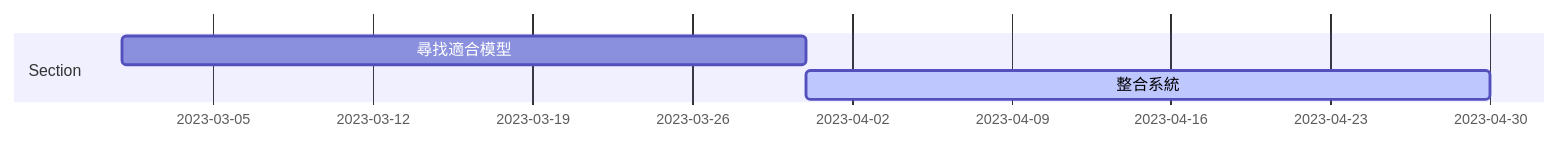
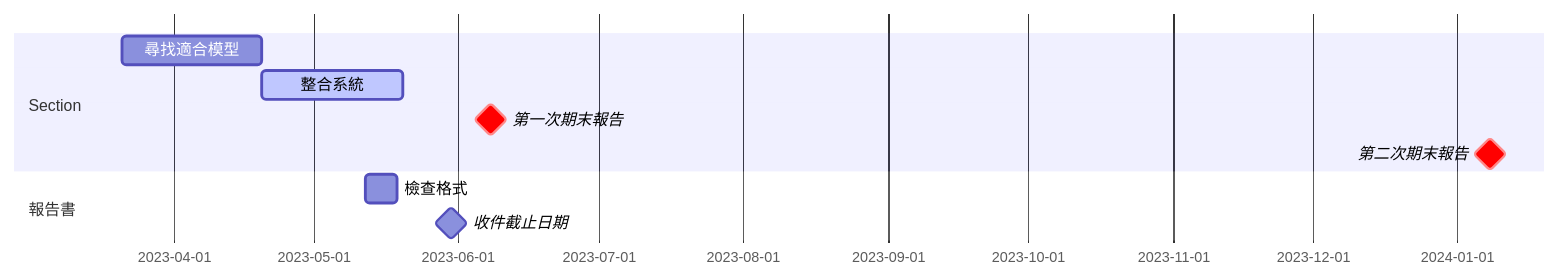
One commit to kakeru13468/A02_AI_Video_Generation changed the third of 3 diagrams in README.md. Above: the diagram before and after it, drawn with Mermaid.

Commit message:
edit gantt

````diff
--- a/README.md
+++ b/README.md
@@ -42,9 +42,15 @@
 ```mermaid
 gantt
     todayMarker
     dateFormat  YYYY-MM-DD
 
     section Section
-    尋找適合模型         : a1, 2023-03-01, 30d
-    整合系統            : active, after a1, 30d
+    尋找適合模型         : a1, 2023-03-21, 30d
+    整合系統             : active, after a1, 30d
+    第一次期末報告       : crit, milestone, 2023-06-08,  8min
+    第二次期末報告       : crit, milestone, 2024-01-08,  8min %%FIXME
+
+    section 報告書
+    檢查格式             : 2023-05-12, 1w
+    收件截止日期             : milestone, 2023-05-30, 1d
 ```
````
